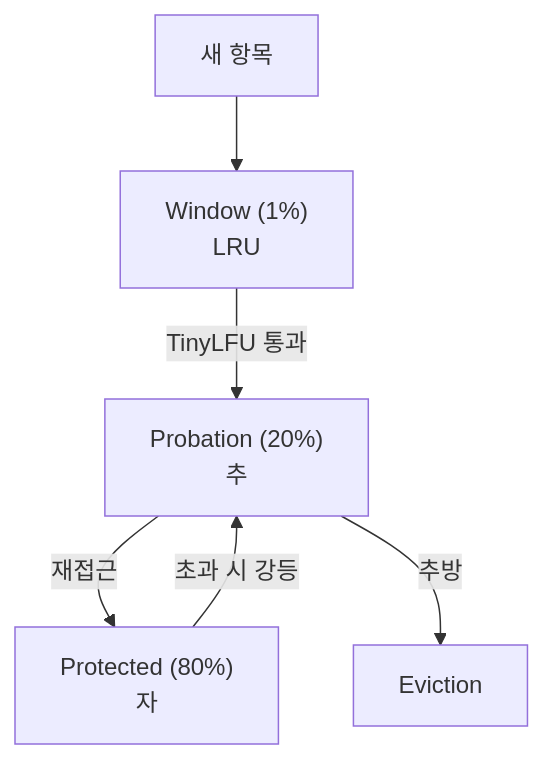
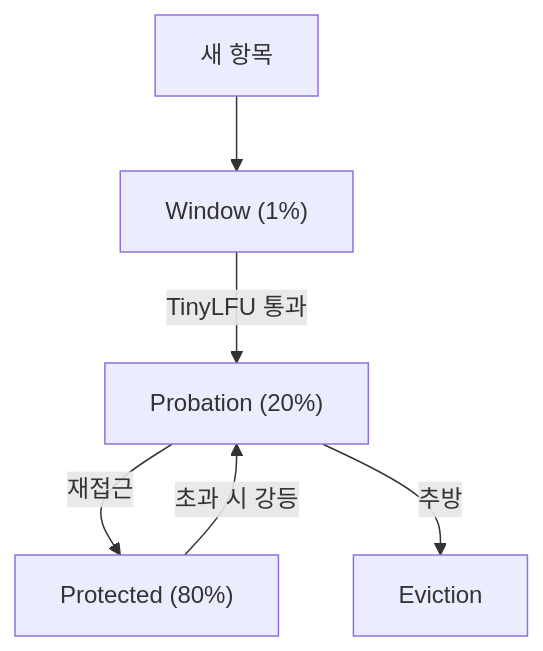
Before and after one commit to yjkim2015/yjkim2015.github.io: the third of 4 diagrams in _posts/localcache/2026-05-01-cache-eviction-algorithms.md, drawn with Mermaid. The commit also changed other lines of this file and 217 other files, not shown here.

First line of the commit message:
Mermaid 크기 수정: useMaxWidth:true + SVG max-width:100% + 라벨 축소

````diff
--- a/_posts/localcache/2026-05-01-cache-eviction-algorithms.md
+++ b/_posts/localcache/2026-05-01-cache-eviction-algorithms.md
@@ -413,8 +413,8 @@
 ```mermaid
 graph TD
-    NEW["새 항목"] --> WC["Window (1%)\nLRU"]
-    WC -->|TinyLFU 통과| PROB["Probation (20%)\n추"]
-    PROB -->|재접근| PROT["Protected (80%)\n자"]
+    NEW["새 항목"] --> WC["Window (1%)"]
+    WC -->|TinyLFU 통과| PROB["Probation (20%)"]
+    PROB -->|재접근| PROT["Protected (80%)"]
     PROT -->|초과 시 강등| PROB
     PROB -->|추방| EVICT["Eviction"]
 ```
````
